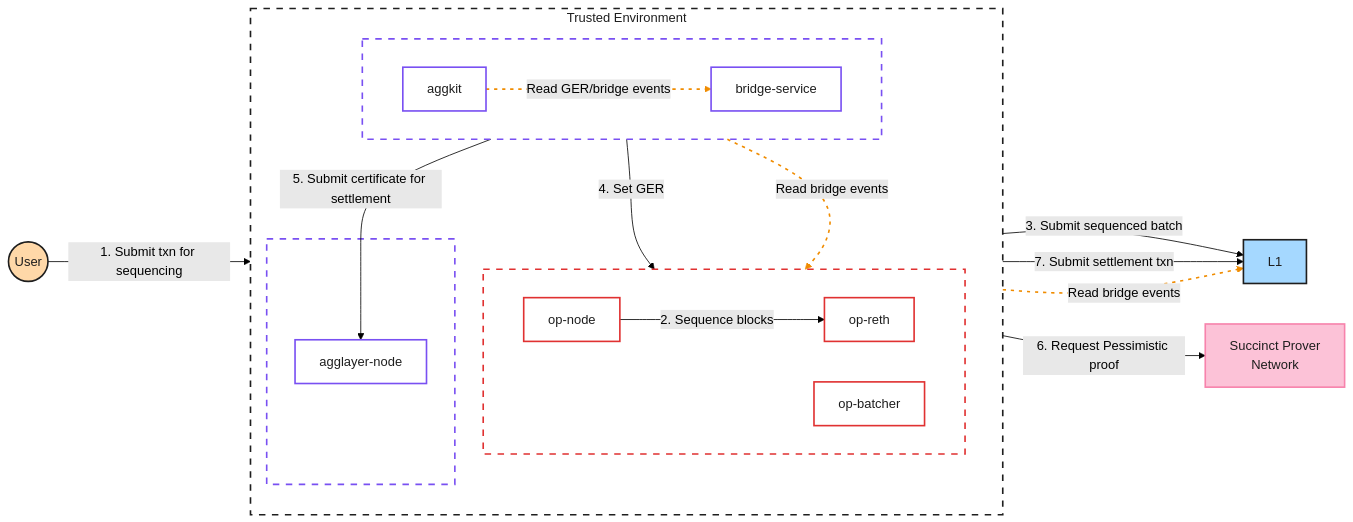
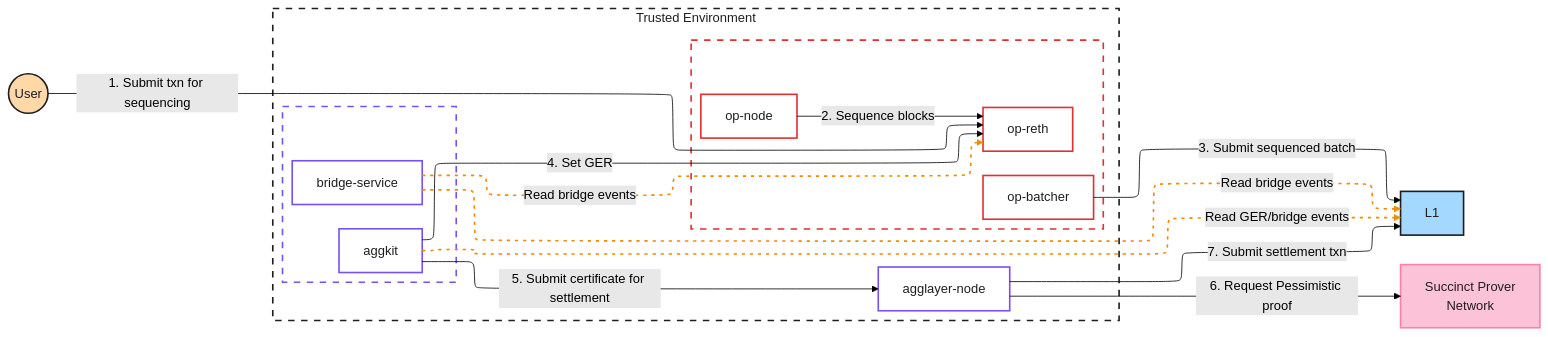
Before and after one commit to 0xPolygon/cdk-op-reth: the diagram in images/cdk-op-reth-pp.mmd, drawn with Mermaid (forest theme). The commit also changed 2 other files, not shown here.

Commit message:
docs: apply diagram fixes to README architecture flowcharts
Sync the README PP and FEP mermaid blocks with the updated .mmd sources:
flatten the agglayer-node out of its own subgraph, point the aggkit GER
read at L1, and switch PP to the elk renderer.

```diff
--- a/images/cdk-op-reth-pp.mmd
+++ b/images/cdk-op-reth-pp.mmd
@@ -1,64 +1,62 @@
+%%{init: {'flowchart': {'defaultRenderer': 'elk'}} }%%
 flowchart LR
     %% External actors
     User((User))
     L1[L1]
     SPN[Succinct Prover<br/>Network]
 
     %% Trusted Environment boundary
     subgraph TE["Trusted Environment"]
         direction TB
 
         subgraph OPSTACK[" "]
             direction LR
             opnode[op-node]
             opreth[op-reth]
             opbatcher[op-batcher]
         end
 
         subgraph AGGSTACK[" "]
             direction LR
             bridgeservice[bridge-service]
             aggkit[aggkit]
         end
 
-        subgraph AGGNODE[" "]
-            agglayernode[agglayer-node]
-        end
+        agglayernode[agglayer-node]
     end
 
     %% ===== Main flow (solid, numbered) =====
     User -->|"1. Submit txn for sequencing"| opreth
     opnode -->|"2. Sequence blocks"| opreth
     opbatcher -->|"3. Submit sequenced batch"| L1
     aggkit -->|"4. Set GER"| opreth
     aggkit -->|"5. Submit certificate for settlement"| agglayernode
     agglayernode -->|"6. Request Pessimistic proof"| SPN
     agglayernode -->|"7. Submit settlement txn"| L1
 
     %% ===== Periodical operations (dashed orange) =====
     bridgeservice -.->|"Read bridge events"| L1
     bridgeservice -.->|"Read bridge events"| opreth
-    aggkit -.->|"Read GER/bridge events"| bridgeservice
+    aggkit -.->|"Read GER/bridge events"| L1
 
     %% ===== Styling =====
     classDef opComp stroke:#e03131,stroke-width:2px,fill:#fff,color:#1e1e1e
     classDef aggComp stroke:#7950f2,stroke-width:2px,fill:#fff,color:#1e1e1e
     classDef l1Box stroke:#1e1e1e,stroke-width:2px,fill:#a5d8ff,color:#1e1e1e
     classDef userCircle stroke:#1e1e1e,stroke-width:2px,fill:#ffd8a8,color:#1e1e1e
     classDef spnBox stroke:#f783ac,stroke-width:2px,fill:#fcc2d7,color:#1e1e1e
 
     class opnode,opreth,opbatcher opComp
     class aggkit,bridgeservice,agglayernode aggComp
     class L1 l1Box
     class User userCircle
     class SPN spnBox
 
     style TE stroke:#1e1e1e,stroke-width:2px,stroke-dasharray: 8 8,fill:transparent,color:#1e1e1e
     style OPSTACK stroke:#e03131,stroke-width:2px,stroke-dasharray: 8 8,fill:transparent
     style AGGSTACK stroke:#7950f2,stroke-width:2px,stroke-dasharray: 8 8,fill:transparent
-    style AGGNODE stroke:#7950f2,stroke-width:2px,stroke-dasharray: 8 8,fill:transparent
 
-    %% Periodical links rendered in orange dashed (indices 7-9, in order added)
+    %% Periodical links rendered in orange dashed (indices 7-9)
     linkStyle 7 stroke:#f08c00,stroke-width:2px,stroke-dasharray: 4 6
     linkStyle 8 stroke:#f08c00,stroke-width:2px,stroke-dasharray: 4 6
     linkStyle 9 stroke:#f08c00,stroke-width:2px,stroke-dasharray: 4 6
```
